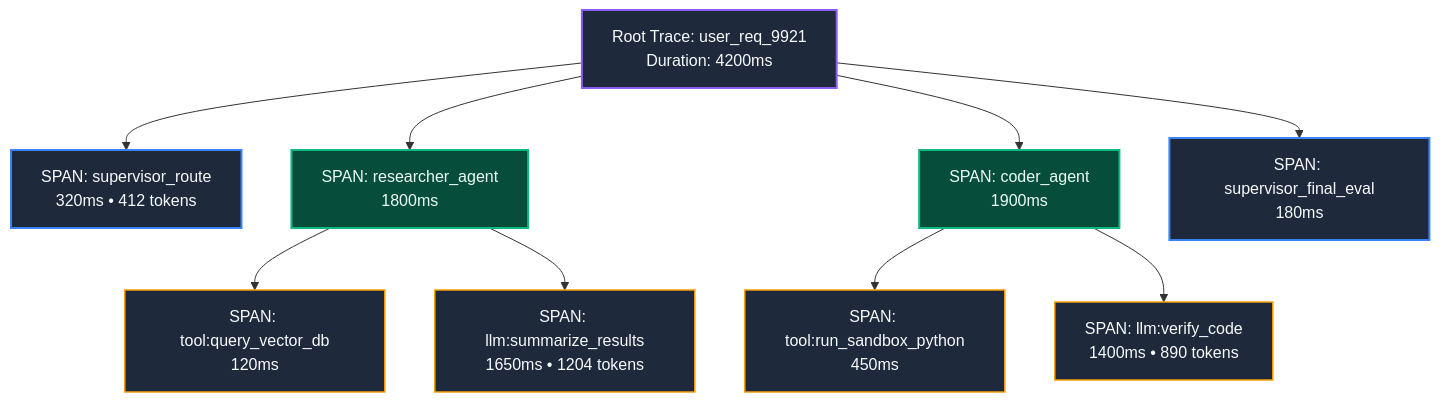
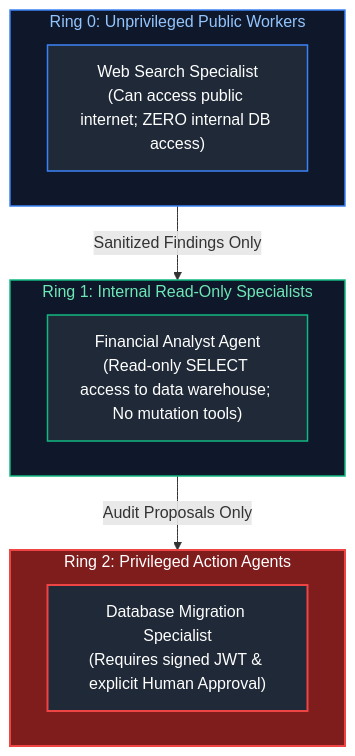
Diagram 12 of 13 in AI Engineering/08_multi_agent_systems_and_collaboration.md (joydeep-biswas/Interview-Preparation), drawn with Mermaid before and after one commit. The commit also changed other lines of this file and 143 other files, not shown here.

````diff
--- a/AI Engineering/08_multi_agent_systems_and_collaboration.md
+++ b/AI Engineering/08_multi_agent_systems_and_collaboration.md
@@ -315,36 +600,24 @@
 ```mermaid
 flowchart TD
-    Root["Root Trace: user_req_9921<br/>Duration: 4200ms"]
-    
-    SR["SPAN: supervisor_route<br/>320ms • 412 tokens"]
-    RA["SPAN: researcher_agent<br/>1800ms"]
-    CA["SPAN: coder_agent<br/>1900ms"]
-    SE["SPAN: supervisor_final_eval<br/>180ms"]
+    subgraph Ring0 ["Ring 0: Unprivileged Public Workers"]
+        WebSearchAgent["Web Search Specialist<br/>(Can access public internet; ZERO internal DB access)"]
+    end
 
-    VDB["SPAN: tool:query_vector_db<br/>120ms"]
-    SUM["SPAN: llm:summarize_results<br/>1650ms • 1204 tokens"]
+    subgraph Ring1 ["Ring 1: Internal Read-Only Specialists"]
+        AnalystAgent["Financial Analyst Agent<br/>(Read-only SELECT access to data warehouse; No mutation tools)"]
+    end
 
-    PY["SPAN: tool:run_sandbox_python<br/>450ms"]
-    VCD["SPAN: llm:verify_code<br/>1400ms • 890 tokens"]
+    subgraph Ring2 ["Ring 2: Privileged Action Agents"]
+        DBMutationAgent["Database Migration Specialist<br/>(Requires signed JWT & explicit Human Approval)"]
+    end
 
-    Root --> SR
-    Root --> RA
-    Root --> CA
-    Root --> SE
+    Ring0 -->|"Sanitized Findings Only"| Ring1
+    Ring1 -->|"Audit Proposals Only"| Ring2
 
-    RA --> VDB
-    RA --> SUM
-
-    CA --> PY
-    CA --> VCD
-
-    classDef root fill:#1e293b,stroke:#8b5cf6,stroke-width:2px,color:#f8fafc;
-    classDef sup fill:#1e293b,stroke:#3b82f6,stroke-width:2px,color:#f8fafc;
-    classDef agent fill:#064e3b,stroke:#10b981,stroke-width:2px,color:#ecfdf5;
-    classDef child fill:#1e293b,stroke:#f59e0b,stroke-width:1.5px,color:#f8fafc;
-
-    class Root root;
-    class SR,SE sup;
-    class RA,CA agent;
-    class VDB,SUM,PY,VCD child;
+    style Ring0 fill:#0f172a,stroke:#3b82f6,stroke-width:1.5px,color:#93c5fd
+    style Ring1 fill:#0f172a,stroke:#10b981,stroke-width:1.5px,color:#6ee7b7
+    style Ring2 fill:#7f1d1d,stroke:#ef4444,stroke-width:2px,color:#fff
+    style WebSearchAgent fill:#1f2937,stroke:#3b82f6,stroke-width:1.5px,color:#fff
+    style AnalystAgent fill:#1f2937,stroke:#10b981,stroke-width:1.5px,color:#fff
+    style DBMutationAgent fill:#1f2937,stroke:#ef4444,stroke-width:2px,color:#fff
 ```
````
